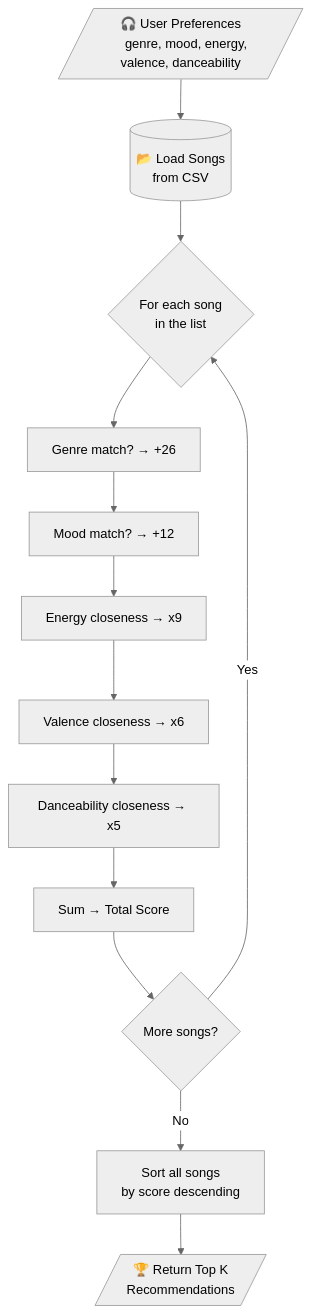
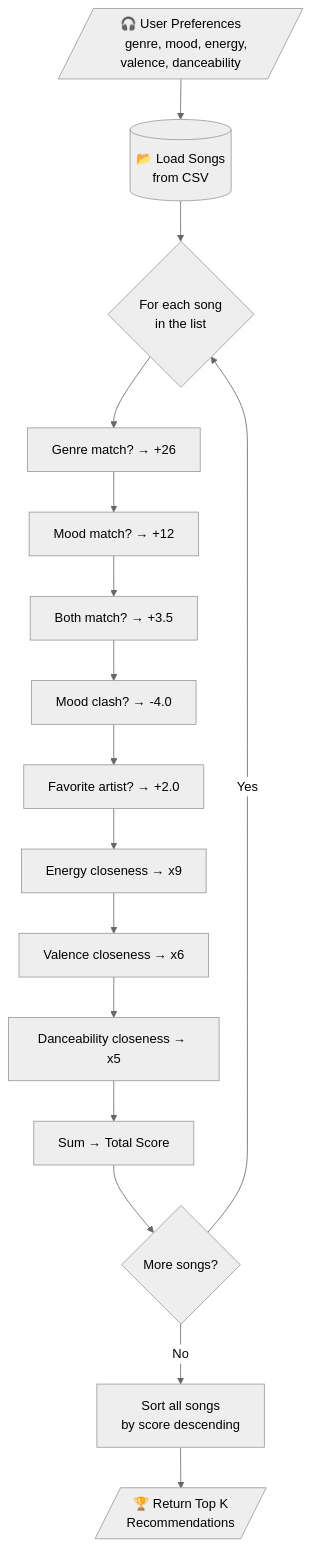
One commit to CrazyMageRainy/ai110-module3show-musicrecommendersimulation changed the diagram in README.md. Above: the diagram before and after it, drawn with Mermaid (neutral theme). The commit also changed other lines of this file and 12 other files, not shown here.

````diff
--- a/README.md
+++ b/README.md
@@ -53,33 +52,36 @@
 ```mermaid
 flowchart TD
     A[/"🎧 User Preferences
     genre, mood, energy, valence, danceability"/]
     
     B[("📂 Load Songs
     from CSV")]
     
     C{"For each song
     in the list"}
     
     D["Genre match? → +26"]
     E["Mood match? → +12"]
-    F["Energy closeness → x9"]
-    G["Valence closeness → x6"]
-    H["Danceability closeness → x5"]
+    F["Both match? → +3.5"]
+    G["Mood clash? → -4.0"]
+    H["Favorite artist? → +2.0"]
+    I["Energy closeness → x9"]
+    J["Valence closeness → x6"]
+    K["Danceability closeness → x5"]
     
-    I["Sum → Total Score"]
+    L["Sum → Total Score"]
     
-    J{More songs?}
+    M{More songs?}
     
-    K["Sort all songs
+    N["Sort all songs
     by score descending"]
     
-    L[/"🏆 Return Top K
+    O[/"🏆 Return Top K
     Recommendations"/]
 
     A --> B --> C
-    C --> D --> E --> F --> G --> H --> I
-    I --> J
-    J -- Yes --> C
-    J -- No --> K --> L
+    C --> D --> E --> F --> G --> H --> I --> J --> K --> L
+    L --> M
+    M -- Yes --> C
+    M -- No --> N --> O
 ```
````
